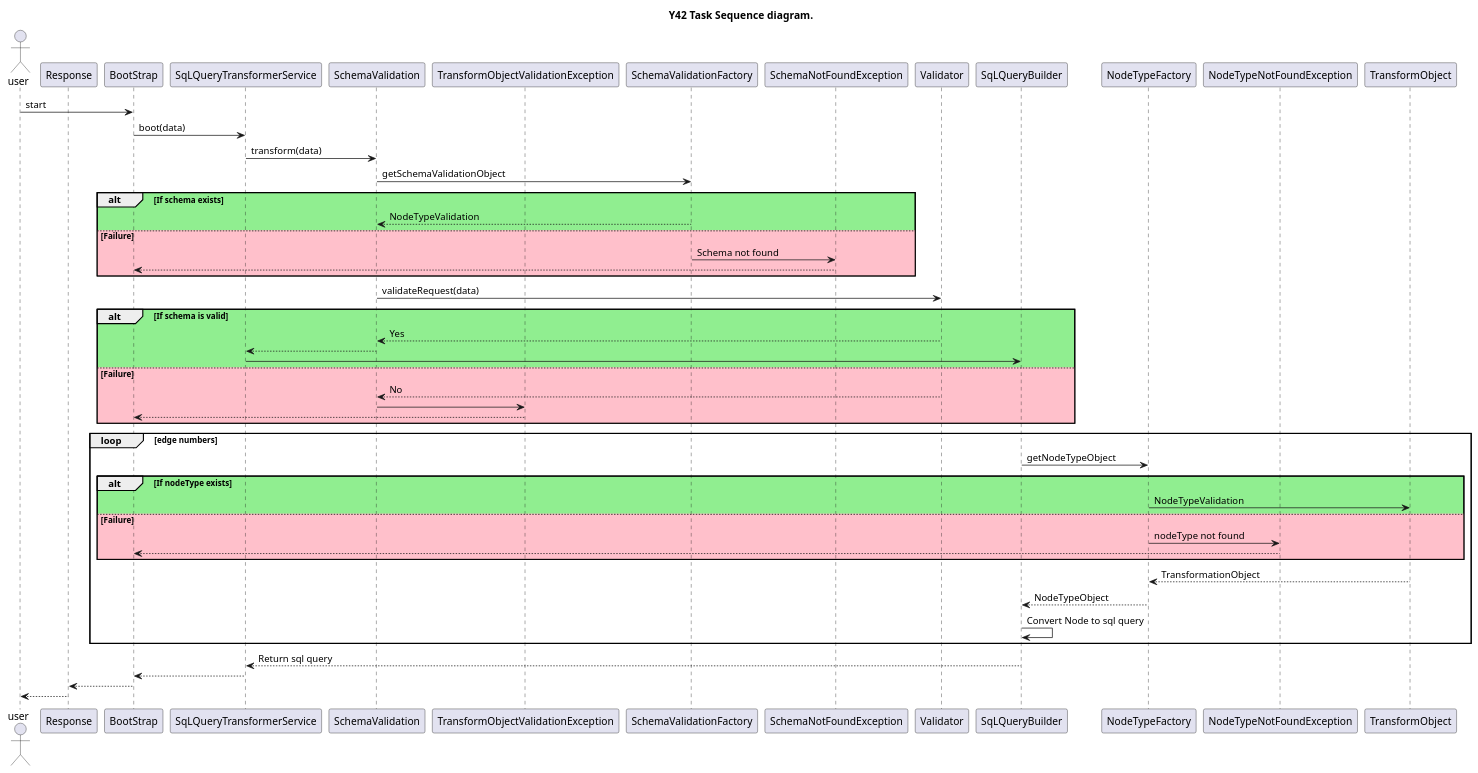
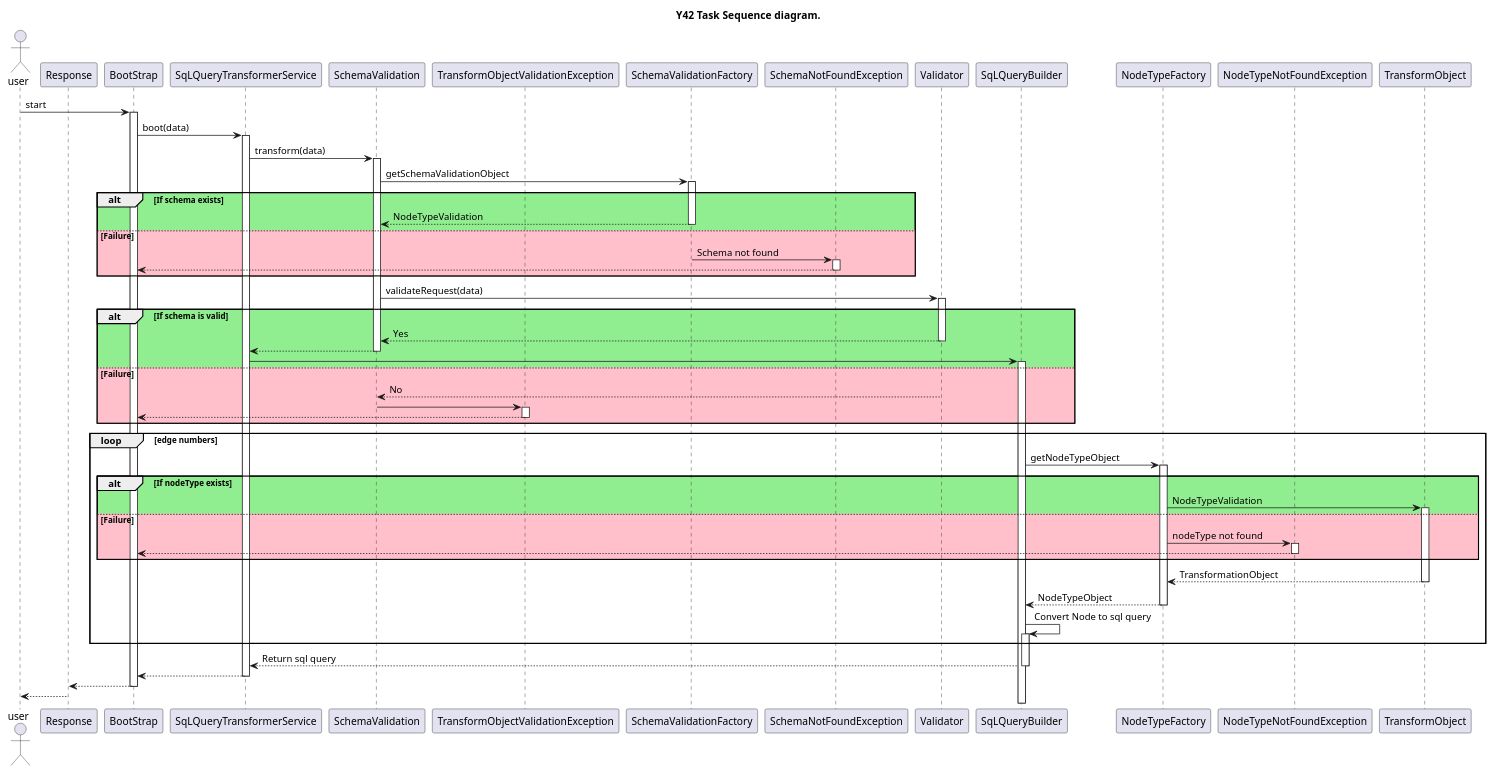
The diagram in app.puml (mohammedibrahim/y42.com-task), drawn with PlantUML before and after one commit.

Commit message:
Iint project

```diff
--- a/app.puml
+++ b/app.puml
@@ -1,59 +1,60 @@
 @startuml
+autoactivate on
+
 title Y42 Task Sequence diagram.
-
-'participant "index" as i
 actor user
 
 participant "Response" as res
 participant "BootStrap" as bs
 participant "SqLQueryTransformerService" as sqts
 participant "SchemaValidation" as sv
 participant "TransformObjectValidationException" as tfove
 
 participant "SchemaValidationFactory" as svf
 participant "SchemaNotFoundException" as snfe
 
 participant "Validator" as va
 participant "SqLQueryBuilder" as sqb
 participant "NodeTypeFactory" as ntf
 participant "NodeTypeNotFoundException" as ntnfe
 participant "TransformObject" as tfo
 
 user -> bs: start
 bs -> sqts: boot(data)
+
 sqts -> sv: transform(data)
 sv -> svf: getSchemaValidationObject
 alt #lightGreen If schema exists
     svf --> sv: NodeTypeValidation
 else #Pink Failure
     svf -> snfe: Schema not found
     snfe --> bs
 end
 
 sv -> va: validateRequest(data)
 alt #lightGreen If schema is valid
     va --> sv: Yes
     sv --> sqts
     sqts -> sqb
 else #Pink Failure
     va --> sv: No
     sv -> tfove
     tfove --> bs
 end
 loop edge numbers
     sqb -> ntf: getNodeTypeObject
     alt #lightGreen If nodeType exists
         ntf -> tfo: NodeTypeValidation
     else #Pink Failure
         ntf -> ntnfe: nodeType not found
         ntnfe --> bs
     end
     tfo --> ntf: TransformationObject
     ntf --> sqb: NodeTypeObject
     sqb -> sqb: Convert Node to sql query
 end
 sqb --> sqts: Return sql query
 sqts --> bs
 bs --> res
 res --> user
 @enduml
```
